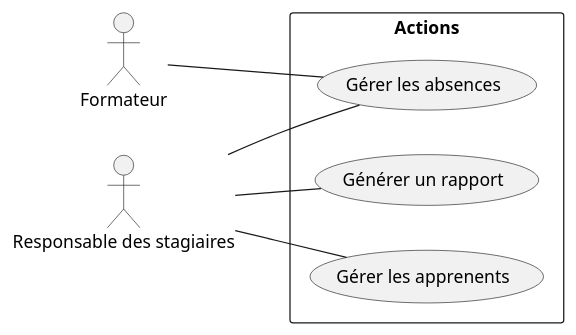
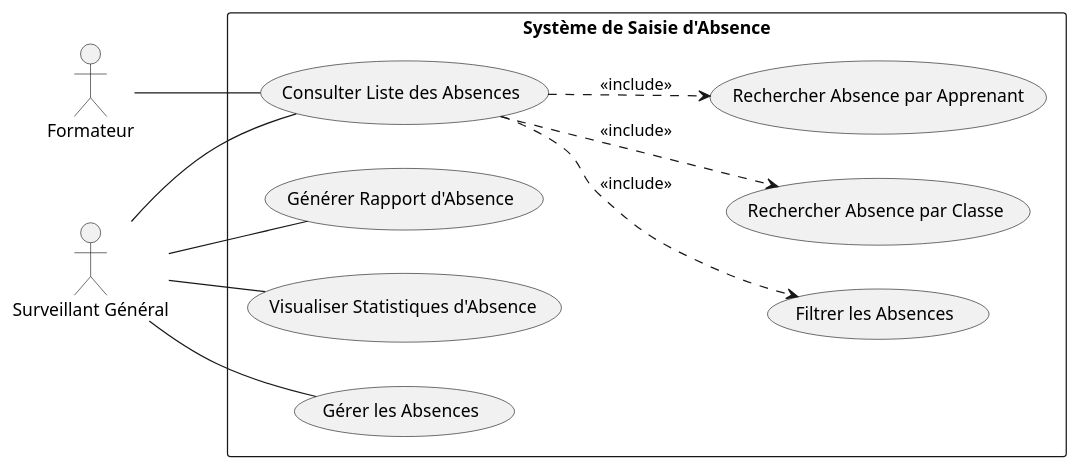
Before and after one commit to DevZakariaAz/Projet_fil_rouge_v1: the diagram in Branche_fonctionnelle/Use_Cases/UseCases_general.plantuml, drawn with PlantUML. The commit also changed 28 other files, not shown here.

```diff
--- a/Branche_fonctionnelle/Use_Cases/UseCases_general.plantuml
+++ b/Branche_fonctionnelle/Use_Cases/UseCases_general.plantuml
@@ -1,19 +1,27 @@
 @startuml
 left to right direction
+actor "Formateur" as F
+actor "Surveillant Général" as SG
 
-actor "Formateur" as U
-actor "Responsable des stagiaires" as A
-
-rectangle "Actions" {
-    usecase UC1 as "Gérer les absences"
-    usecase UC2 as "Générer un rapport"
-    usecase UC3 as "Gérer les apprenents"
+rectangle "Système de Saisie d'Absence" {
+  usecase "Gérer les Absences" as UC1
+  usecase "Consulter Liste des Absences" as UC2
+  usecase "Générer Rapport d'Absence" as UC3
+  usecase "Visualiser Statistiques d'Absence" as UC4
+  usecase "Filtrer les Absences" as UC6
+  usecase "Rechercher Absence par Classe" as UC7
+  usecase "Rechercher Absence par Apprenant" as UC8
 }
 
-U -- UC1
-A -- UC2
-A -- UC1
-A -- UC3
+SG -- UC1
+SG -- UC2
+SG -- UC3
+SG -- UC4
+F -- UC2
+
+UC2 ..> UC6 : <<include>>
+UC2 ..> UC7 : <<include>>
+UC2 ..> UC8 : <<include>>
 
 
 @enduml
```
